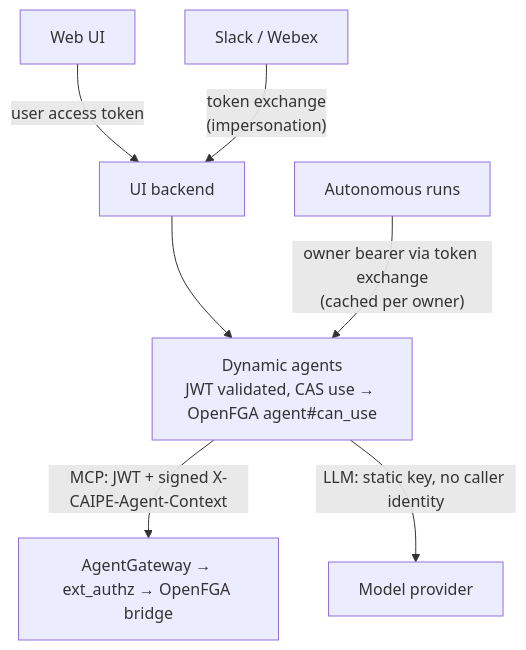
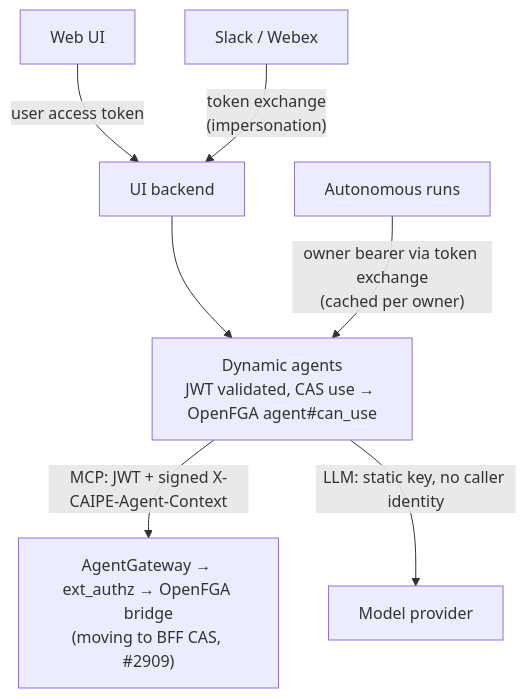
Before and after one commit to caipe-io/ai-platform-engineering: the second of 4 diagrams in docs/docs/specs/2026-10-10-byo-llm-gateway-budgets-quotas/research.md, drawn with Mermaid. The commit also changed other lines of this file and 6 other files, not shown here.

First line of the commit message:
docs(llm-gateway): align AuthN and AuthZ with CAS

````diff
--- a/docs/docs/specs/2026-10-10-byo-llm-gateway-budgets-quotas/research.md
+++ b/docs/docs/specs/2026-10-10-byo-llm-gateway-budgets-quotas/research.md
@@ -70,9 +70,9 @@
 ```mermaid
 flowchart TB
   web["Web UI"] -- "user access token" --> bff["UI backend"]
   slack["Slack / Webex"] -- "token exchange<br/>(impersonation)" --> bff
   bff --> da["Dynamic agents<br/>JWT validated, CAS use → OpenFGA agent#can_use"]
   auto["Autonomous runs"] -- "owner bearer via token exchange<br/>(cached per owner)" --> da
-  da -- "MCP: JWT + signed X-CAIPE-Agent-Context" --> agw["AgentGateway → ext_authz → OpenFGA bridge"]
+  da -- "MCP: JWT + signed X-CAIPE-Agent-Context" --> agw["AgentGateway → ext_authz → OpenFGA bridge<br/>(moving to BFF CAS, #2909)"]
   da -- "LLM: static key, no caller identity" --> prov["Model provider"]
 ```
````
